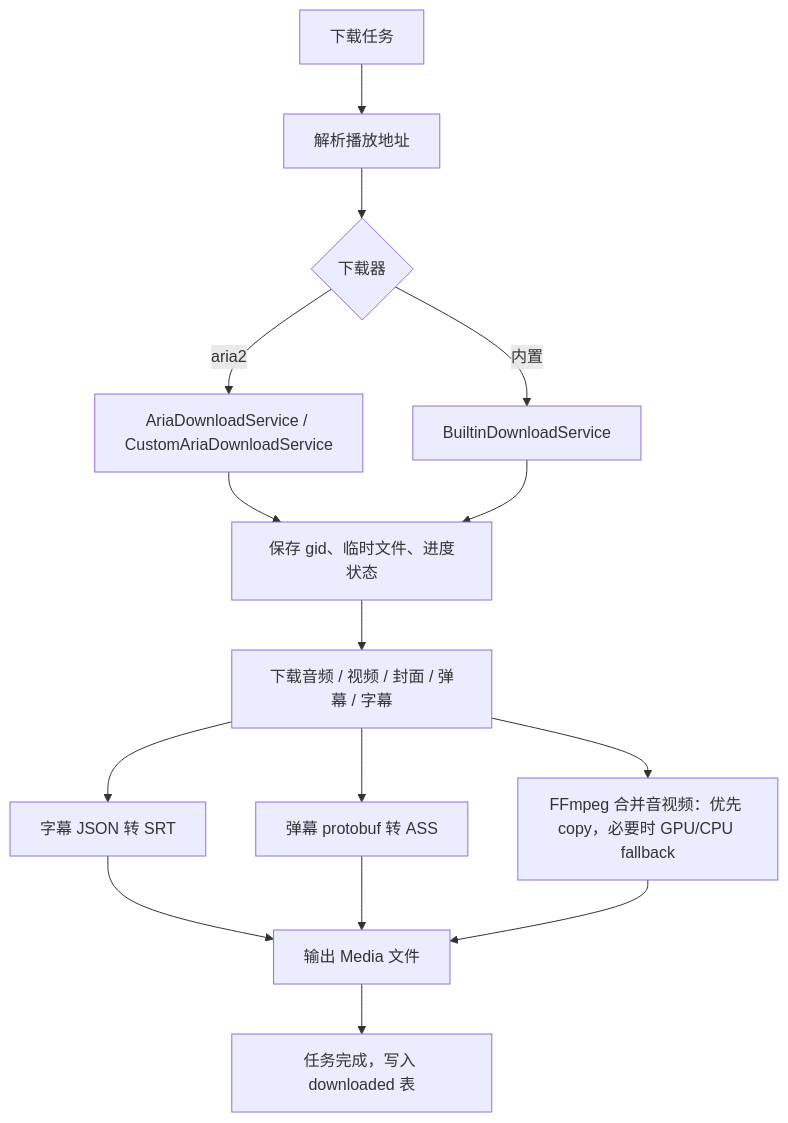
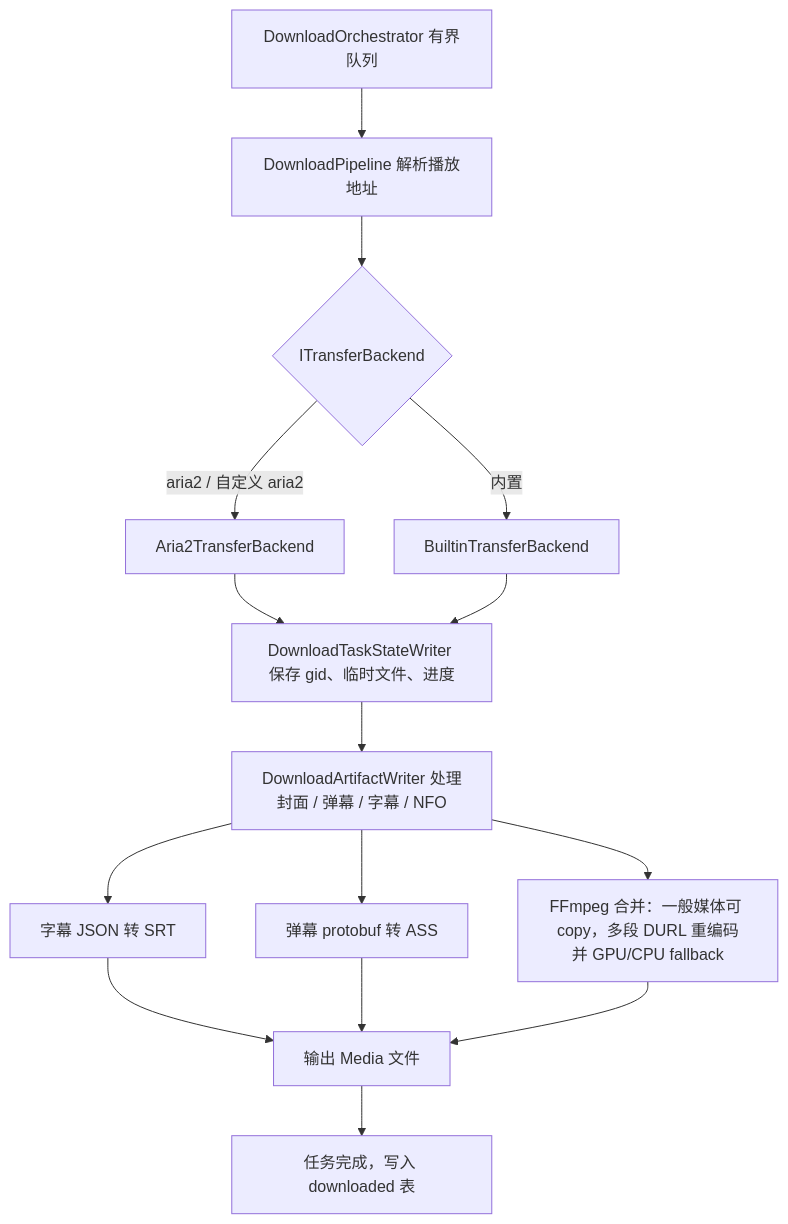
One commit to crazysmile-PhD/downkyicore changed the second of 2 diagrams in README.md. Above: the diagram before and after it, drawn with Mermaid. The commit also changed other lines of this file and 4 other files, not shown here.

````diff
--- a/README.md
+++ b/README.md
@@ -82,17 +83,17 @@
 ```mermaid
 flowchart TD
-    A["下载任务"] --> B["解析播放地址"]
-    B --> C{"下载器"}
-    C -->|aria2| D["AriaDownloadService / CustomAriaDownloadService"]
-    C -->|内置| E["BuiltinDownloadService"]
-    D --> F["保存 gid、临时文件、进度状态"]
+    A["DownloadOrchestrator 有界队列"] --> B["DownloadPipeline 解析播放地址"]
+    B --> C{"ITransferBackend"}
+    C -->|aria2 / 自定义 aria2| D["Aria2TransferBackend"]
+    C -->|内置| E["BuiltinTransferBackend"]
+    D --> F["DownloadTaskStateWriter 保存 gid、临时文件、进度"]
     E --> F
-    F --> G["下载音频 / 视频 / 封面 / 弹幕 / 字幕"]
+    F --> G["DownloadArtifactWriter 处理封面 / 弹幕 / 字幕 / NFO"]
     G --> H["字幕 JSON 转 SRT"]
     G --> I["弹幕 protobuf 转 ASS"]
-    G --> J["FFmpeg 合并音视频：优先 copy，必要时 GPU/CPU fallback"]
+    G --> J["FFmpeg 合并：一般媒体可 copy，多段 DURL 重编码并 GPU/CPU fallback"]
     H --> K["输出 Media 文件"]
     I --> K
     J --> K
     K --> L["任务完成，写入 downloaded 表"]
 ```
````
